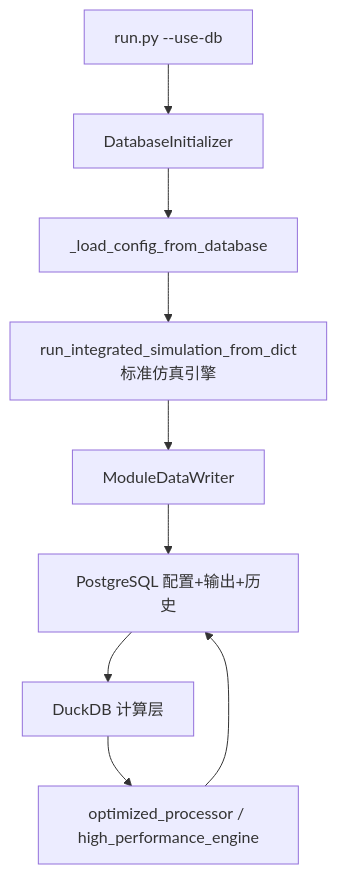
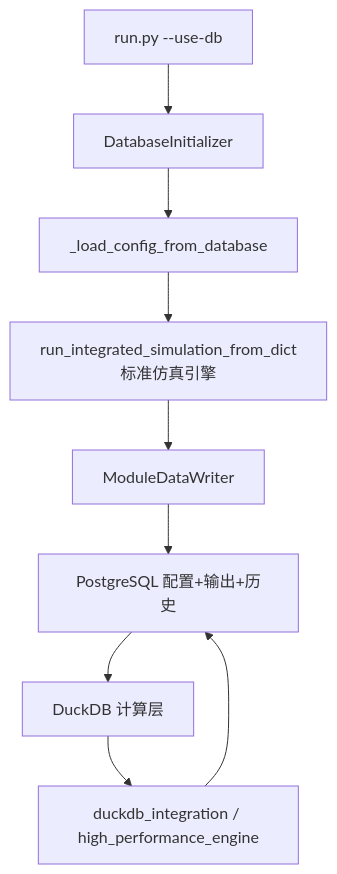
Before and after one commit to senzhang-ps/chainsight: the seventh of 11 diagrams in docs/handover/refactored/01-architecture/architecture.md, drawn with Mermaid. The commit also changed other lines of this file and 15 other files, not shown here.

````diff
--- a/docs/handover/refactored/01-architecture/architecture.md
+++ b/docs/handover/refactored/01-architecture/architecture.md
@@ -645,11 +645,11 @@
 ```mermaid
 flowchart TB
     A["run.py --use-db"] --> B["DatabaseInitializer"]
     B --> C["_load_config_from_database"]
     C --> D["run_integrated_simulation_from_dict\n标准仿真引擎"]
     D --> E["ModuleDataWriter"]
     E --> PG["PostgreSQL 配置+输出+历史"]
     PG --> F["DuckDB 计算层"]
-    F --> G["optimized_processor / high_performance_engine"]
+    F --> G["duckdb_integration / high_performance_engine"]
     G --> PG
 ```
````
